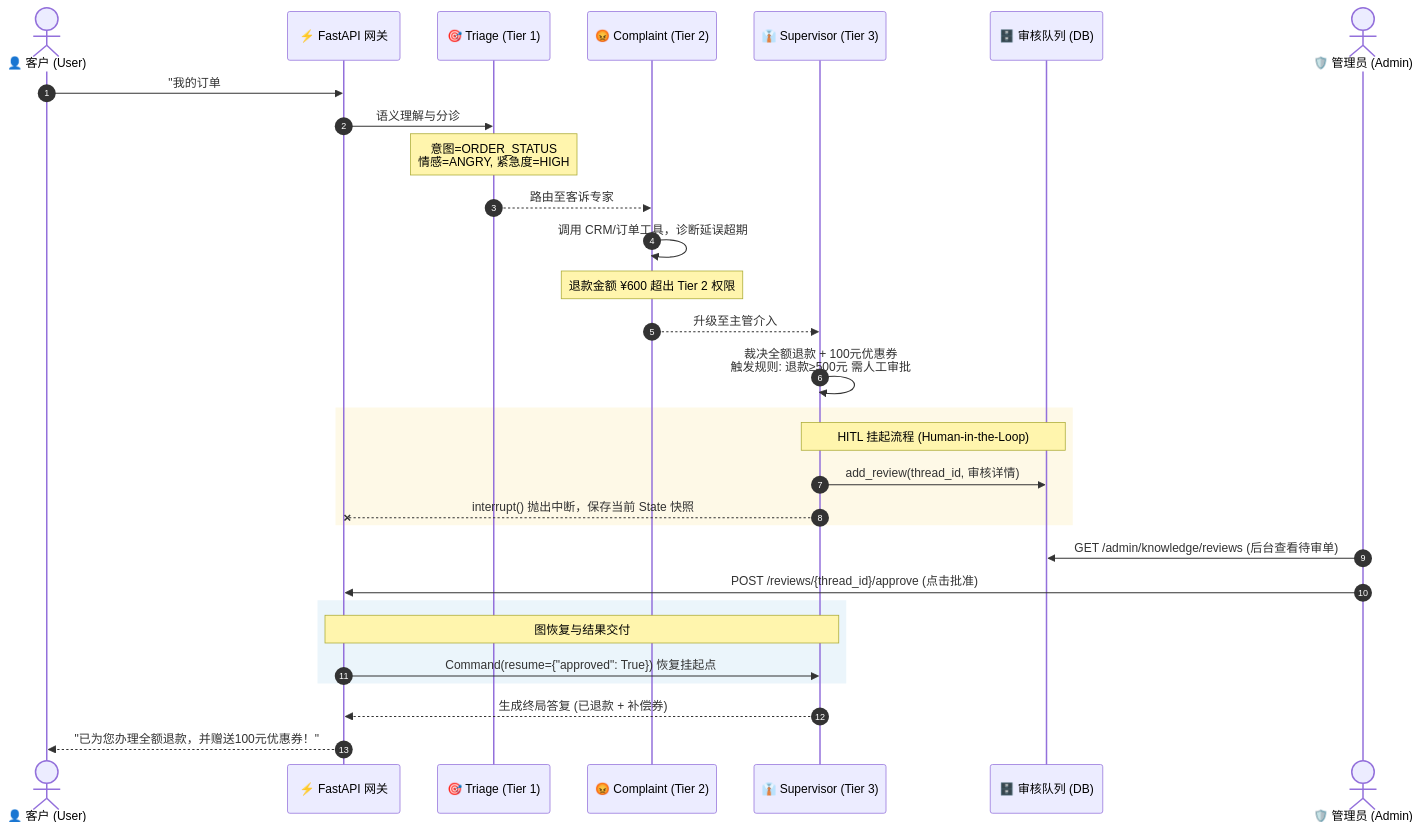
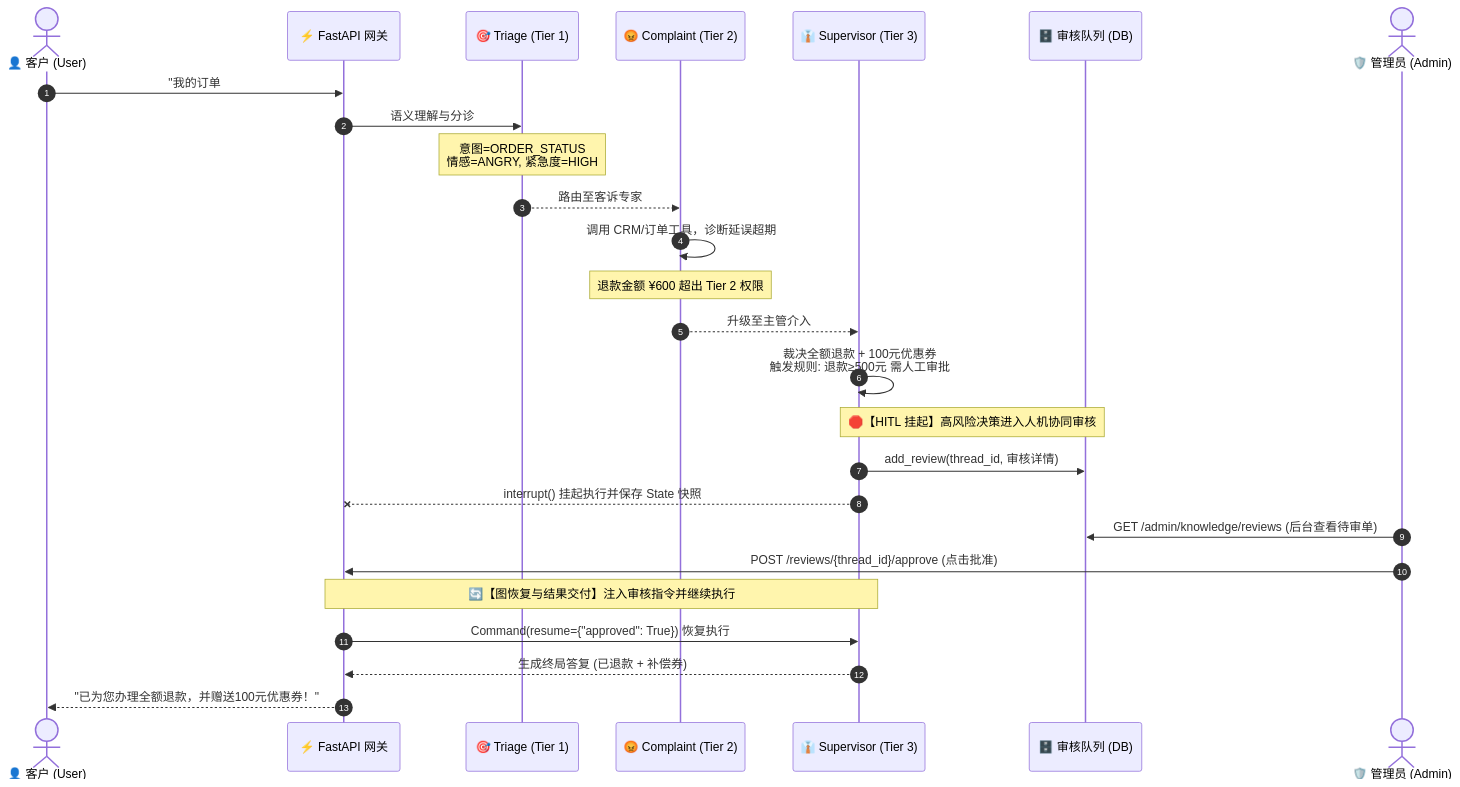
The third of 3 diagrams in README.md (RUM900/customer-service), drawn with Mermaid before and after one commit.

Commit message:
docs: improve sequence diagram contrast and readability for light/dark themes

````diff
--- a/README.md
+++ b/README.md
@@ -114,39 +114,35 @@
 ```mermaid
 sequenceDiagram
     autonumber
     actor User as 👤 客户 (User)
     participant API as ⚡ FastAPI 网关
     participant Triage as 🎯 Triage (Tier 1)
     participant Complaint as 😡 Complaint (Tier 2)
     participant Supervisor as 👔 Supervisor (Tier 3)
     participant ReviewDB as 🗄️ 审核队列 (DB)
     actor Admin as 🛡️ 管理员 (Admin)
 
     User->>API: "我的订单 #12345 还没收到，要求退款600元！"
     API->>Triage: 语义理解与分诊
     Note over Triage: 意图=ORDER_STATUS<br/>情感=ANGRY, 紧急度=HIGH
     Triage-->>Complaint: 路由至客诉专家
 
     Complaint->>Complaint: 调用 CRM/订单工具，诊断延误超期
     Note over Complaint: 退款金额 ¥600 超出 Tier 2 权限
     Complaint-->>Supervisor: 升级至主管介入
 
     Supervisor->>Supervisor: 裁决全额退款 + 100元优惠券<br/>触发规则: 退款≥500元 需人工审批
     
-    rect rgb(254, 249, 231)
-        Note over Supervisor,ReviewDB: HITL 挂起流程 (Human-in-the-Loop)
-        Supervisor->>ReviewDB: add_review(thread_id, 审核详情)
-        Supervisor--xAPI: interrupt() 抛出中断，保存当前 State 快照
-    end
+    Note over Supervisor,ReviewDB: 🛑【HITL 挂起】高风险决策进入人机协同审核
+    Supervisor->>ReviewDB: add_review(thread_id, 审核详情)
+    Supervisor--xAPI: interrupt() 挂起执行并保存 State 快照
 
     Admin->>ReviewDB: GET /admin/knowledge/reviews (后台查看待审单)
     Admin->>API: POST /reviews/{thread_id}/approve (点击批准)
     
-    rect rgb(235, 245, 251)
-        Note over API,Supervisor: 图恢复与结果交付
-        API->>Supervisor: Command(resume={"approved": True}) 恢复挂起点
-    end
+    Note over API,Supervisor: 🔄【图恢复与结果交付】注入审核指令并继续执行
+    API->>Supervisor: Command(resume={"approved": True}) 恢复执行
 
     Supervisor-->>API: 生成终局答复 (已退款 + 补偿券)
     API-->>User: "已为您办理全额退款，并赠送100元优惠券！"
 ```
````
